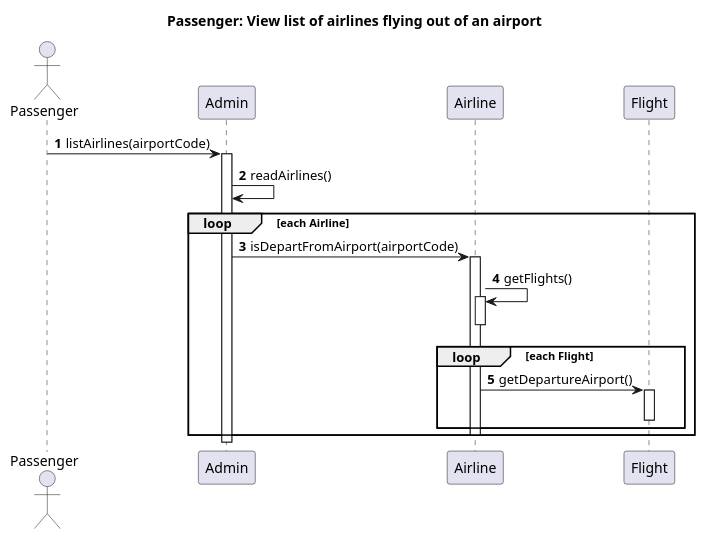
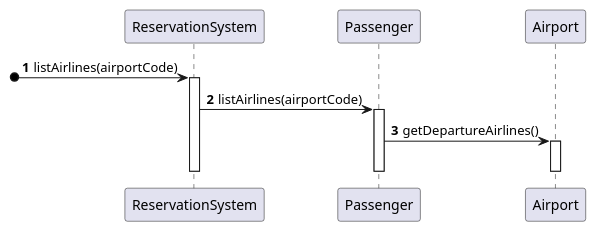
The diagram in diagrams/plantuml/3-3-sequence-diagram.md (Ochirgarid/mpp-project), drawn with PlantUML before and after one commit. The commit also changed 11 other files, not shown here.

Commit message:
diagrams updated

````diff
--- a/diagrams/plantuml/3-3-sequence-diagram.md
+++ b/diagrams/plantuml/3-3-sequence-diagram.md
@@ -1,28 +1,16 @@
 ```plantuml
 @startuml
-title Passenger: View list of airlines flying out of an airport
+autonumber
 
-Actor Passenger
-autonumber
-Passenger -> Admin : listAirlines(airportCode)
-activate Admin
-Admin -> Admin : readAirlines()
-loop each Airline
-    Admin -> Airline: isDepartFromAirport(airportCode)
-    activate Airline
-    Airline -> Airline: getFlights()
-    activate Airline
-    deactivate Airline
-    loop each Flight
-        Airline -> Flight: getDepartureAirport()
-        activate Flight
-        deactivate Flight
-    end
-    deactivate Airline
-end
-activate Admin
-deactivate Admin
-deactivate Admin
+[o->ReservationSystem: listAirlines(airportCode)
+activate ReservationSystem
+ReservationSystem -> Passenger: listAirlines(airportCode)
+activate Passenger
+Passenger -> Airport : getDepartureAirlines()
+activate Airport
+deactivate Airport
+deactivate Passenger
+deactivate ReservationSystem
 
 @enduml
 ```
````
